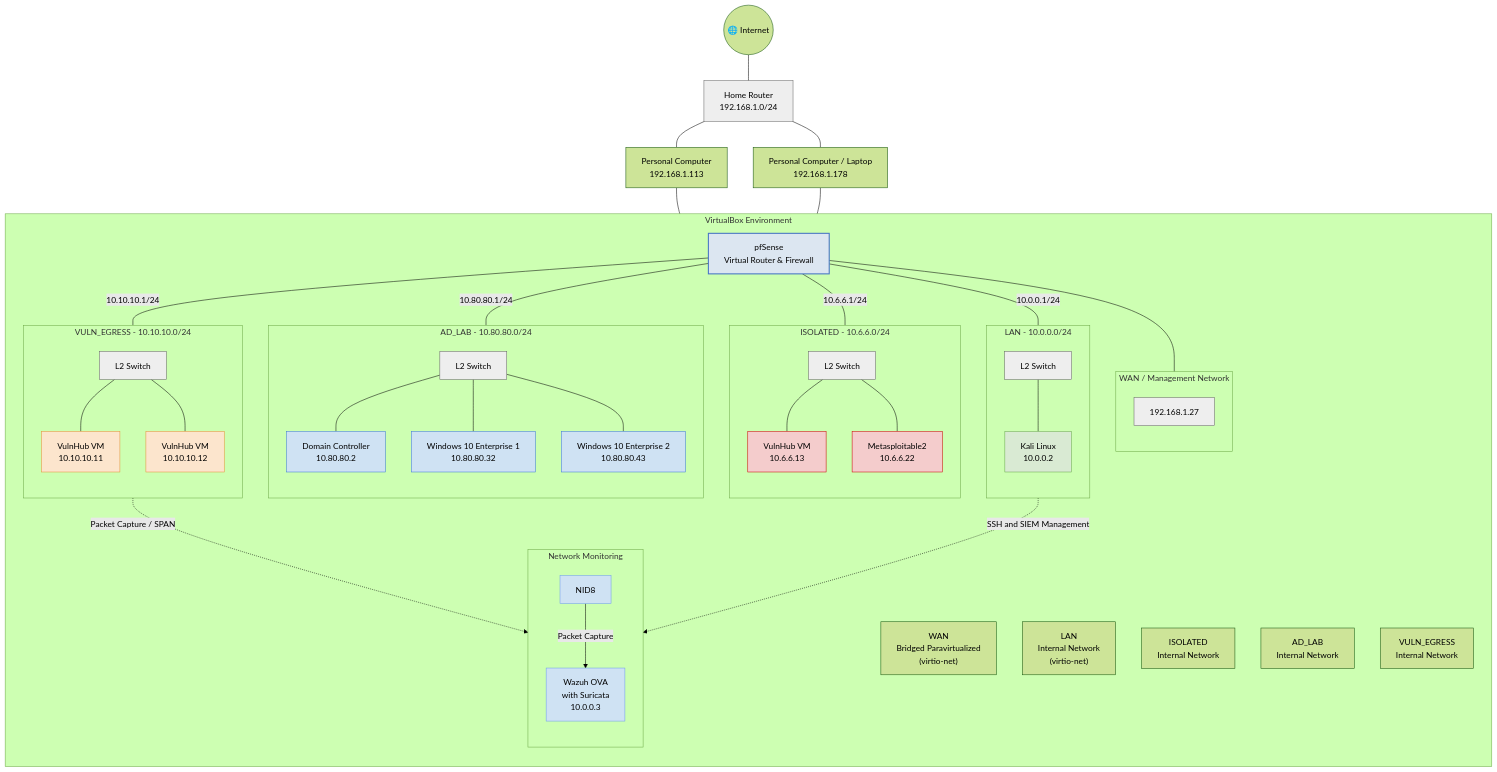
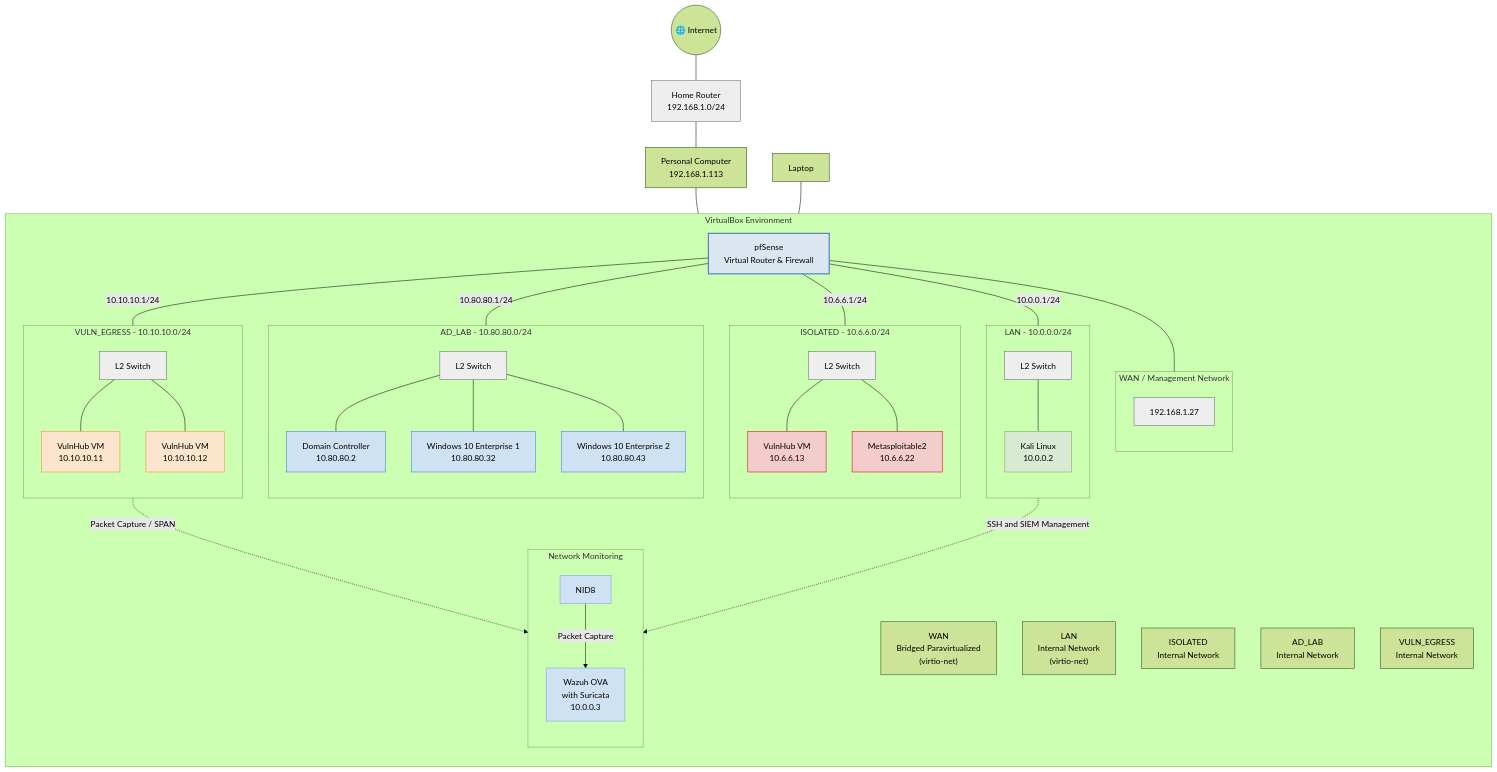
One commit to lmattingly6/VirtualBox-siem-lab changed the diagram in README.md. Above: the diagram before and after it, drawn with Mermaid (forest theme).

Commit message:
Update network diagram by removing Laptop node
Removed Laptop node from the network diagram.

```diff
--- a/README.md
+++ b/README.md
@@ -23,10 +23,10 @@
     Internet --- Router
 
     PC["Personal Computer<br/>192.168.1.113"]
-    Laptop["Personal Computer / Laptop<br/>192.168.1.178"]
+
 
     Router --- PC
-    Router --- Laptop
+
 
     %% VIRTUALBOX ENVIRONMENT
     subgraph VB["VirtualBox Environment"]
```
